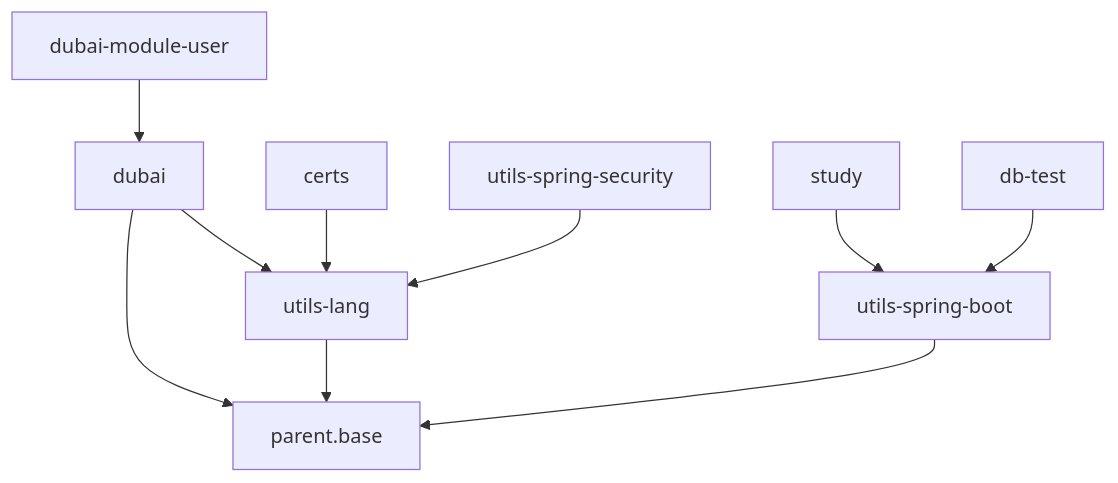
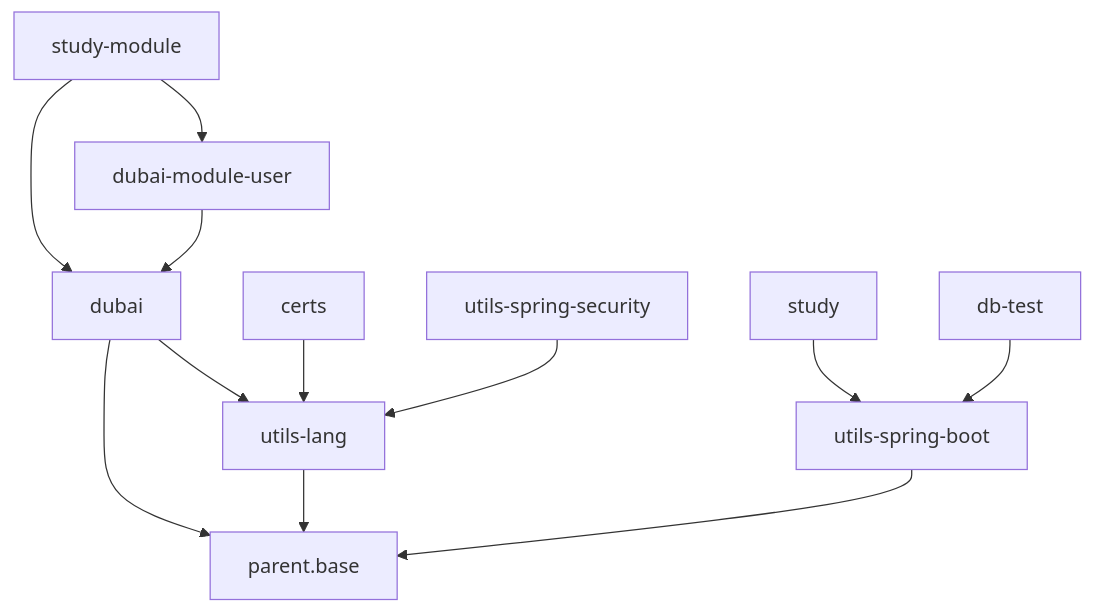
One commit to dbstarll/dbstarll.github.io changed the diagram in README.md. Above: the diagram before and after it, drawn with Mermaid. The commit also changed other lines of this file, not shown here.

Commit message:
增加dubai

````diff
--- a/README.md
+++ b/README.md
@@ -11,16 +12,19 @@
 ```mermaid
 graph TD;
     utils-lang-->parent.base;
 
     utils-spring-boot-->parent.base;
 
     dubai-->parent.base;
     dubai-->utils-lang;
     
     dubai-module-user-->dubai;
 
+    study-module-->dubai;
+    study-module-->dubai-module-user;
+
     certs-->utils-lang;
     utils-spring-security-->utils-lang;
     study-->utils-spring-boot;
     db-test-->utils-spring-boot;
 ```
````
